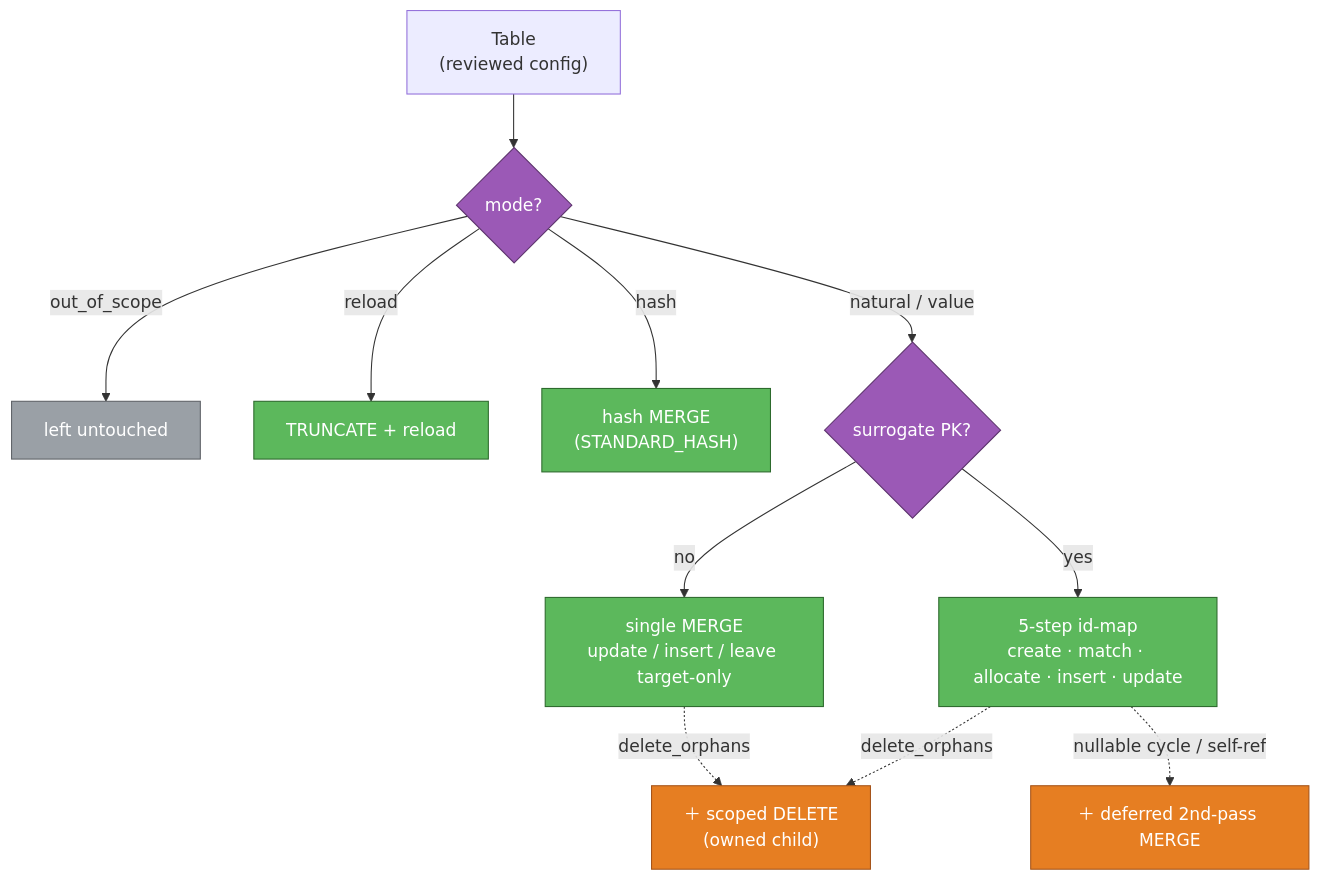
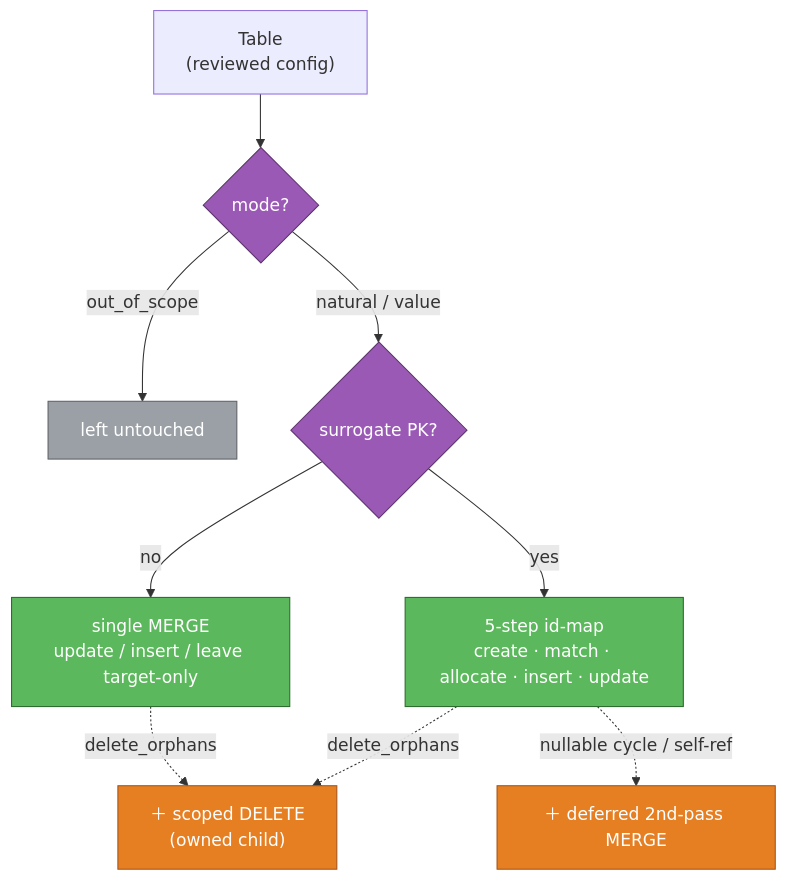
Before and after one commit to eliezio/resync: the second of 2 diagrams in README.md, drawn with Mermaid. The commit also changed other lines of this file and 11 other files, not shown here.

First line of the commit message:
Drop unused hash and reload matching modes (#7)

````diff
--- a/README.md
+++ b/README.md
@@ -81,24 +81,22 @@
 ```mermaid
 flowchart TD
     T["Table<br/>(reviewed config)"] --> MODE{"mode?"}
     MODE -->|out_of_scope| OOS["left untouched"]
-    MODE -->|reload| RL["TRUNCATE + reload"]
-    MODE -->|hash| HS["hash MERGE<br/>(STANDARD_HASH)"]
     MODE -->|"natural / value"| SUR{"surrogate PK?"}
     SUR -->|yes| IDM["5-step id-map<br/>create · match · allocate · insert · update"]
     SUR -->|no| MN["single MERGE<br/>update / insert / leave target-only"]
 
     IDM -.->|delete_orphans| DO["＋ scoped DELETE<br/>(owned child)"]
     MN  -.->|delete_orphans| DO
     IDM -.->|"nullable cycle / self-ref"| DF["＋ deferred 2nd-pass MERGE"]
 
     classDef dec   fill:#9b59b6,stroke:#5e356e,color:#fff;
     classDef write fill:#5cb85c,stroke:#2d6a2d,color:#fff;
     classDef keep  fill:#9aa0a6,stroke:#5f6368,color:#fff;
     classDef fix   fill:#e67e22,stroke:#a5541a,color:#fff;
 
     class MODE,SUR dec;
-    class RL,HS,IDM,MN write;
+    class IDM,MN write;
     class OOS keep;
     class DO,DF fix;
 ```
````
